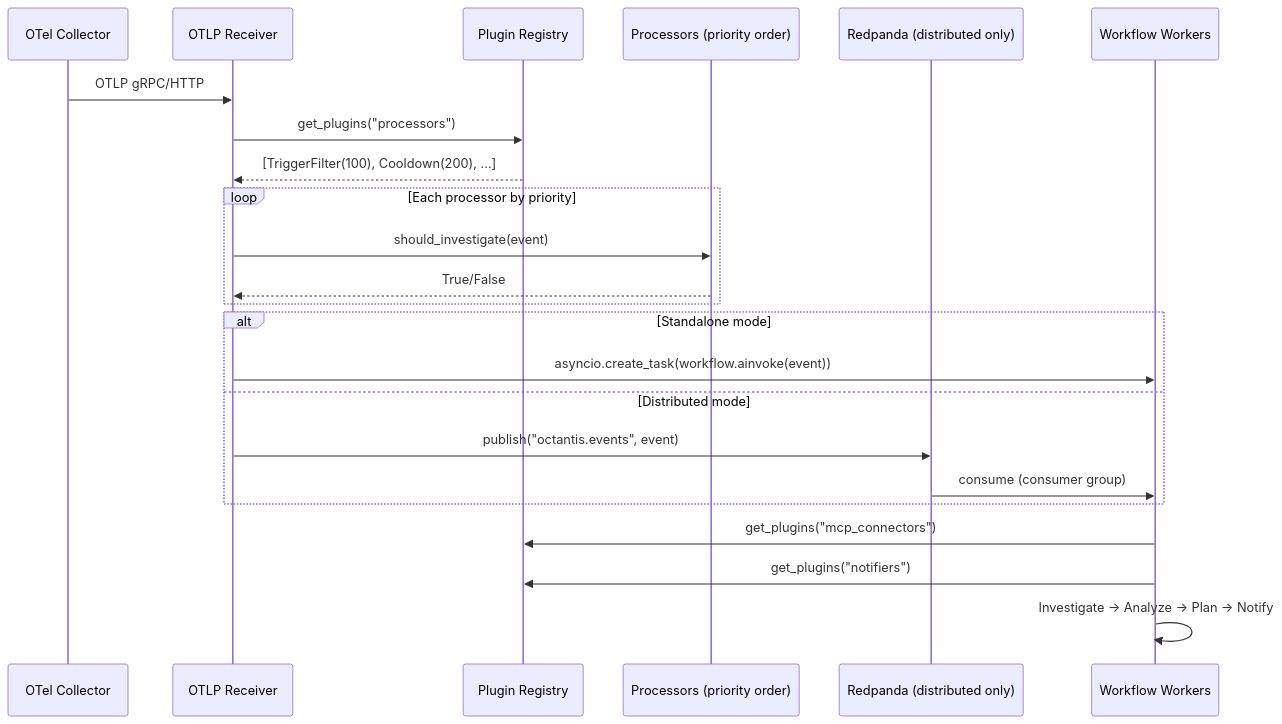
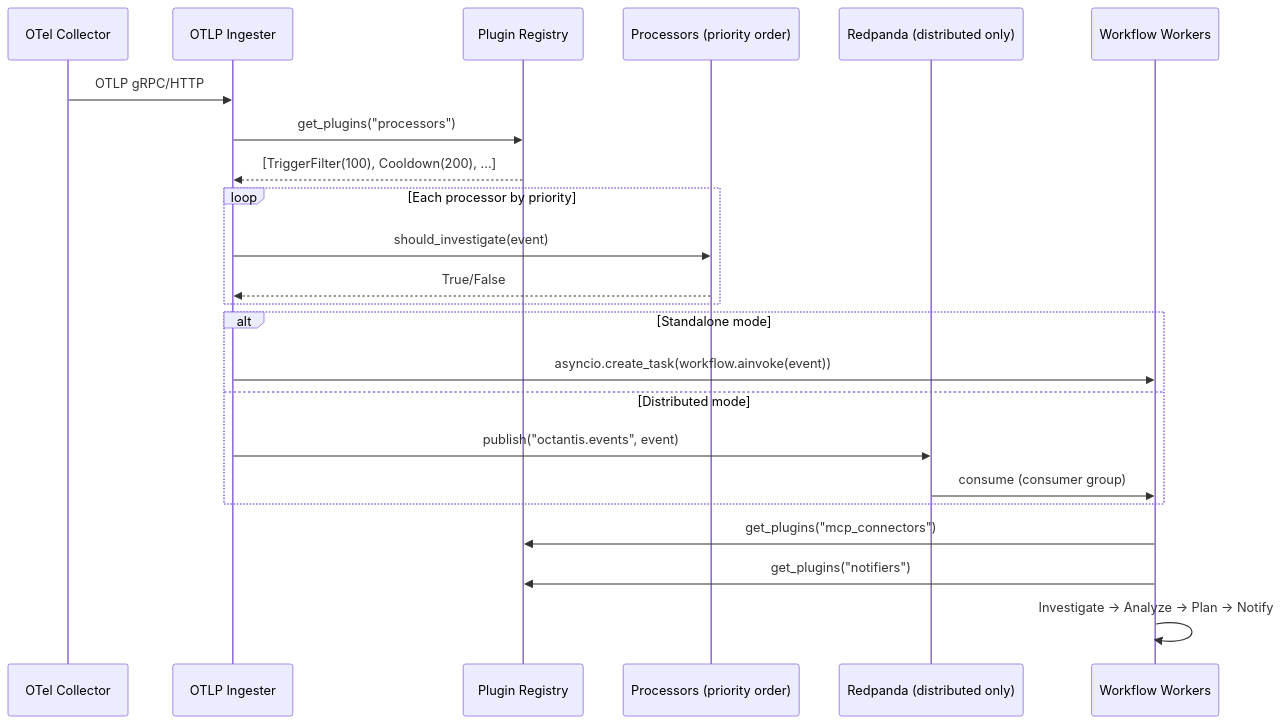
The fourth of 7 diagrams in docs/tech-specs/tech-spec-005-plugin-architecture.md (Vinny1892/octantis), drawn with Mermaid before and after one commit. The commit also changed other lines of this file and 56 other files, not shown here.

````diff
--- a/docs/tech-specs/tech-spec-005-plugin-architecture.md
+++ b/docs/tech-specs/tech-spec-005-plugin-architecture.md
@@ -194,26 +195,26 @@
 ```mermaid
 sequenceDiagram
     participant OTel as OTel Collector
-    participant Recv as OTLP Receiver
+    participant Recv as OTLP Ingester
     participant Reg as Plugin Registry
     participant Proc as Processors (priority order)
     participant Broker as Redpanda (distributed only)
     participant WF as Workflow Workers
 
     OTel->>Recv: OTLP gRPC/HTTP
     Recv->>Reg: get_plugins("processors")
     Reg-->>Recv: [TriggerFilter(100), Cooldown(200), ...]
     loop Each processor by priority
         Recv->>Proc: should_investigate(event)
         Proc-->>Recv: True/False
     end
     alt Standalone mode
         Recv->>WF: asyncio.create_task(workflow.ainvoke(event))
     else Distributed mode
         Recv->>Broker: publish("octantis.events", event)
         Broker->>WF: consume (consumer group)
     end
     WF->>Reg: get_plugins("mcp_connectors")
     WF->>Reg: get_plugins("notifiers")
     WF->>WF: Investigate → Analyze → Plan → Notify
 ```
````
